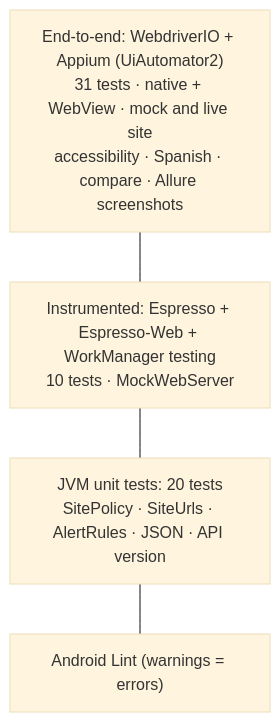
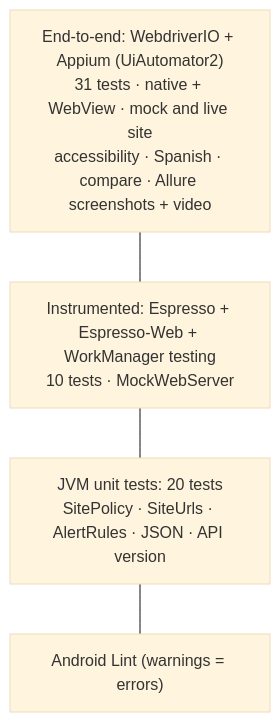
One commit to dipak-nehe/stock-value-mobile changed the fifth of 7 diagrams in android/docs/architecture.md. Above: the diagram before and after it, drawn with Mermaid (base theme). The commit also changed other lines of this file and 3 other files, not shown here.

First line of the commit message:
Allure: a video of every Appium test

````diff
--- a/android/docs/architecture.md
+++ b/android/docs/architecture.md
@@ -208,8 +208,8 @@
 ```mermaid
 flowchart TB
-    e2e["End-to-end: WebdriverIO + Appium (UiAutomator2)<br/>31 tests · native + WebView · mock and live site<br/>accessibility · Spanish · compare · Allure screenshots"]
+    e2e["End-to-end: WebdriverIO + Appium (UiAutomator2)<br/>31 tests · native + WebView · mock and live site<br/>accessibility · Spanish · compare · Allure screenshots + video"]
     inst["Instrumented: Espresso + Espresso-Web + WorkManager testing<br/>10 tests · MockWebServer"]
     unit["JVM unit tests: 20 tests<br/>SitePolicy · SiteUrls · AlertRules · JSON · API version"]
     lint["Android Lint (warnings = errors)"]
     e2e --- inst --- unit --- lint
 ```
````
